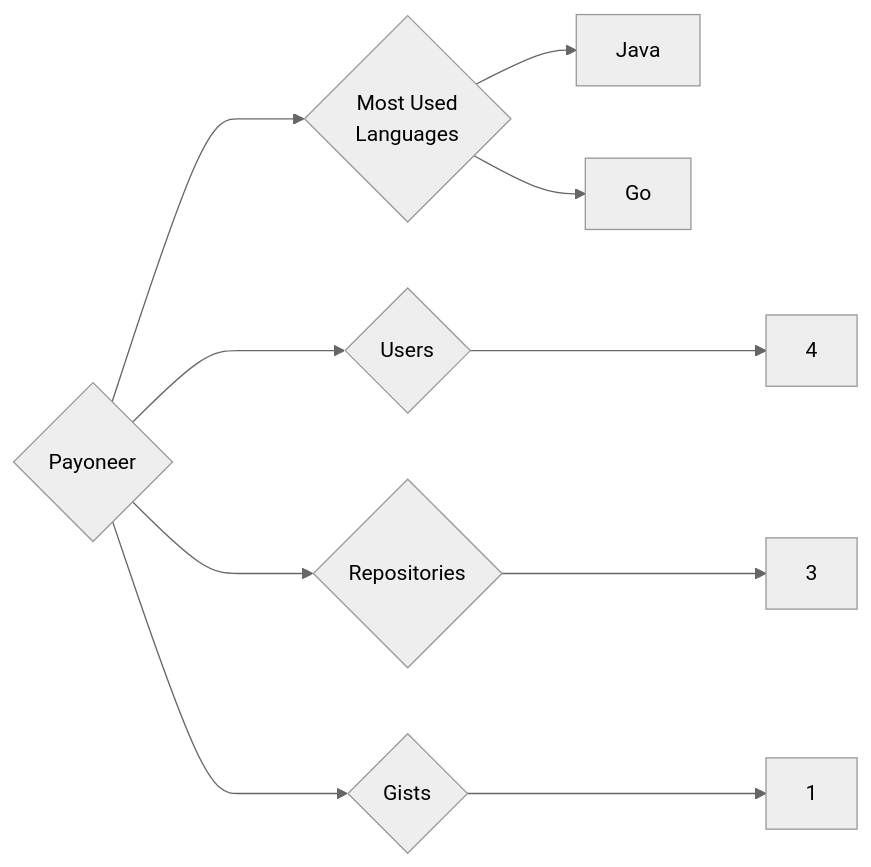
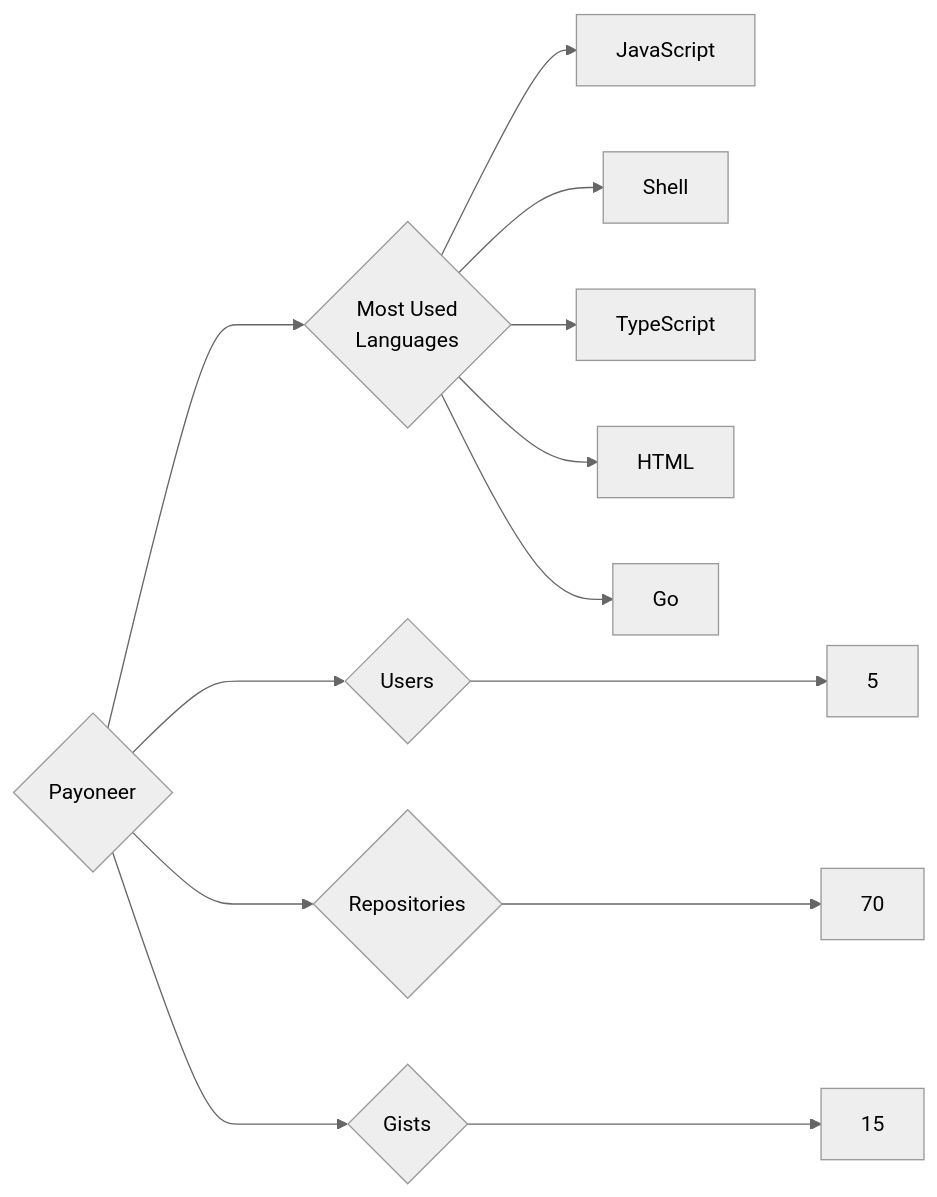
Before and after one commit to trickest/insiders: the diagram in targets/Payoneer/README.md, drawn with Mermaid (neutral theme). The commit also changed 1389 other files, not shown here.

````diff
--- a/targets/Payoneer/README.md
+++ b/targets/Payoneer/README.md
@@ -3,10 +3,13 @@
 ```mermaid
 graph LR
 COMPANY_NAME{Payoneer}
-COMPANY_NAME ---> U{Users} ---> UN[4]
-COMPANY_NAME ---> R{Repositories} ---> RN[3]
-COMPANY_NAME ---> G{Gists} ---> GN[1]
+COMPANY_NAME ---> U{Users} ---> UN[5]
+COMPANY_NAME ---> R{Repositories} ---> RN[70]
+COMPANY_NAME ---> G{Gists} ---> GN[15]
 COMPANY_NAME ---> ML{Most Used<br>Languages}
-ML --> Java[Java]
+ML --> JavaScript[JavaScript]
+ML --> Shell[Shell]
+ML --> TypeScript[TypeScript]
+ML --> HTML[HTML]
 ML --> Go[Go]
 ```
````
